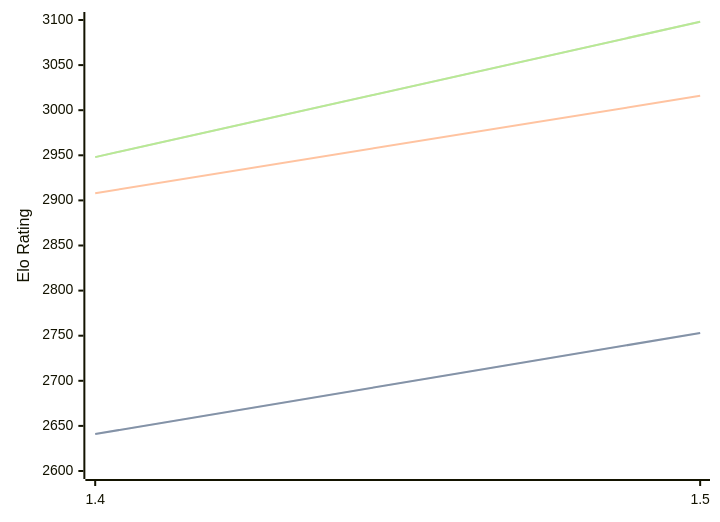
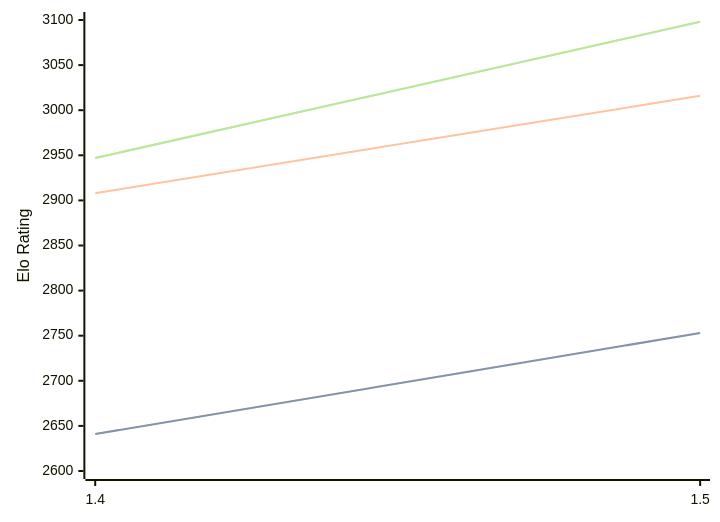
One commit to computer-chess-index/cci changed the diagram in engines/Yakka.md. Above: the diagram before and after it, drawn with Mermaid. The commit also changed other lines of this file, not shown here.

Commit message:
Update CCI Ratings (ELO VLTC) - 2026-08-06

````diff
--- a/engines/Yakka.md
+++ b/engines/Yakka.md
@@ -36,11 +36,11 @@
 ```mermaid
 %%{init: {"theme":"base","themeVariables":{"seriesColors:['#a3a3a3','#222221','#faa371']}}}%%
 xychart-beta
   x-axis ["1.4", "1.5"]
   y-axis "Elo Rating" 2600 --> 3100
   line "STC (8.0+0.08s)" [2641, 2753]
   line "STC (8.0+0.08s)" [2641, 2753]
   line "LTC (60.0+0.60s)" [2908, 3016]
-  line "VLTC (2m24s+1.12s)" [2948, 3098]
-  line "VLTC (2m24s+1.12s)" [2948, 3098]
+  line "VLTC (2m24s+1.12s)" [2947, 3098]
+  line "VLTC (2m24s+1.12s)" [2947, 3098]
 ```
````
